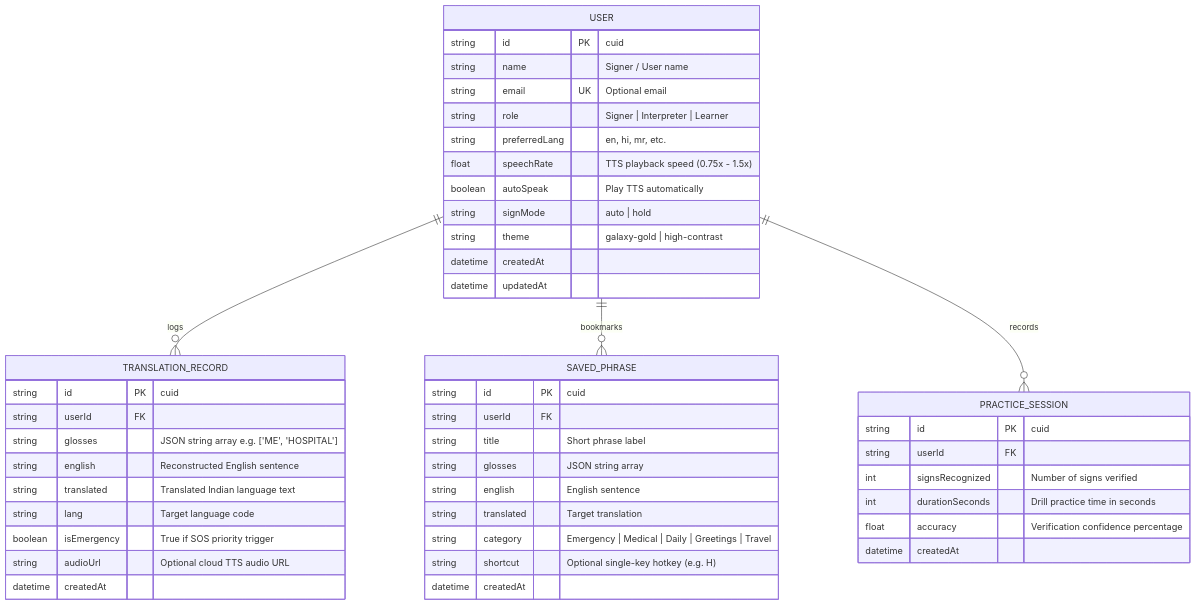
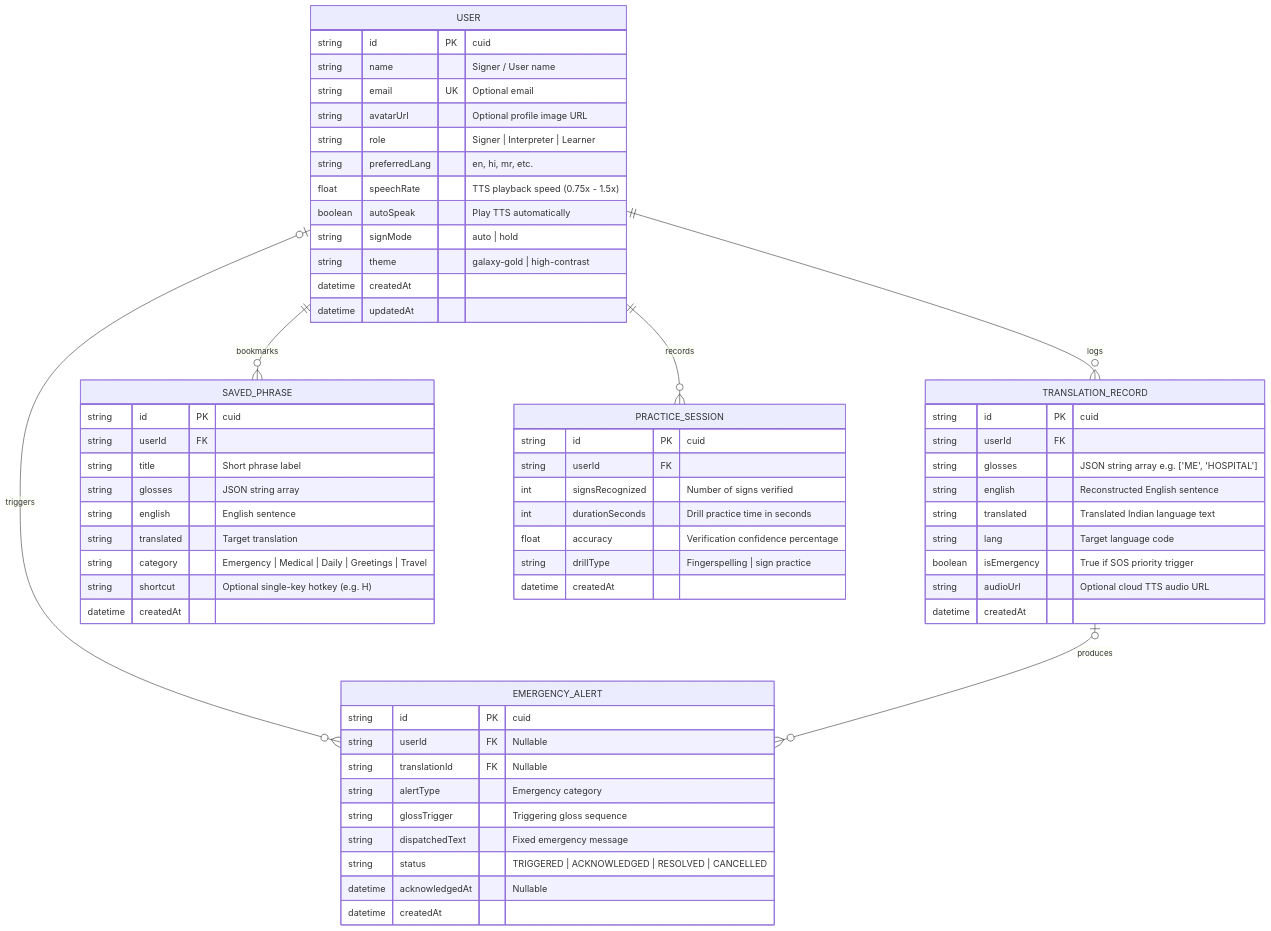
The diagram in docs/DATABASE_SCHEMA.md (siddhantthakur278-bit/Indian-Sing-Language-to-Text-Speech-translation), drawn with Mermaid before and after one commit. The commit also changed other lines of this file and 5 other files, not shown here.

Commit message:
[A7.3] Add PostgreSQL DDL schema and comprehensive psql database query suite

````diff
--- a/docs/DATABASE_SCHEMA.md
+++ b/docs/DATABASE_SCHEMA.md
@@ -12,53 +12,69 @@
 ```mermaid
 erDiagram
     USER ||--o{ TRANSLATION_RECORD : logs
     USER ||--o{ SAVED_PHRASE : bookmarks
     USER ||--o{ PRACTICE_SESSION : records
+    USER o|--o{ EMERGENCY_ALERT : triggers
+    TRANSLATION_RECORD o|--o{ EMERGENCY_ALERT : produces
 
     USER {
         string id PK "cuid"
         string name "Signer / User name"
         string email UK "Optional email"
+        string avatarUrl "Optional profile image URL"
         string role "Signer | Interpreter | Learner"
         string preferredLang "en, hi, mr, etc."
         float speechRate "TTS playback speed (0.75x - 1.5x)"
         boolean autoSpeak "Play TTS automatically"
         string signMode "auto | hold"
         string theme "galaxy-gold | high-contrast"
         datetime createdAt
         datetime updatedAt
     }
 
     TRANSLATION_RECORD {
         string id PK "cuid"
         string userId FK
         string glosses "JSON string array e.g. ['ME', 'HOSPITAL']"
         string english "Reconstructed English sentence"
         string translated "Translated Indian language text"
         string lang "Target language code"
         boolean isEmergency "True if SOS priority trigger"
         string audioUrl "Optional cloud TTS audio URL"
         datetime createdAt
     }
 
     SAVED_PHRASE {
         string id PK "cuid"
         string userId FK
         string title "Short phrase label"
         string glosses "JSON string array"
         string english "English sentence"
         string translated "Target translation"
         string category "Emergency | Medical | Daily | Greetings | Travel"
         string shortcut "Optional single-key hotkey (e.g. H)"
         datetime createdAt
     }
 
     PRACTICE_SESSION {
         string id PK "cuid"
         string userId FK
         int signsRecognized "Number of signs verified"
         int durationSeconds "Drill practice time in seconds"
         float accuracy "Verification confidence percentage"
+        string drillType "Fingerspelling | sign practice"
+        datetime createdAt
+    }
+
+    EMERGENCY_ALERT {
+        string id PK "cuid"
+        string userId FK "Nullable"
+        string translationId FK "Nullable"
+        string alertType "Emergency category"
+        string glossTrigger "Triggering gloss sequence"
+        string dispatchedText "Fixed emergency message"
+        string status "TRIGGERED | ACKNOWLEDGED | RESOLVED | CANCELLED"
+        datetime acknowledgedAt "Nullable"
         datetime createdAt
     }
 ```
````
